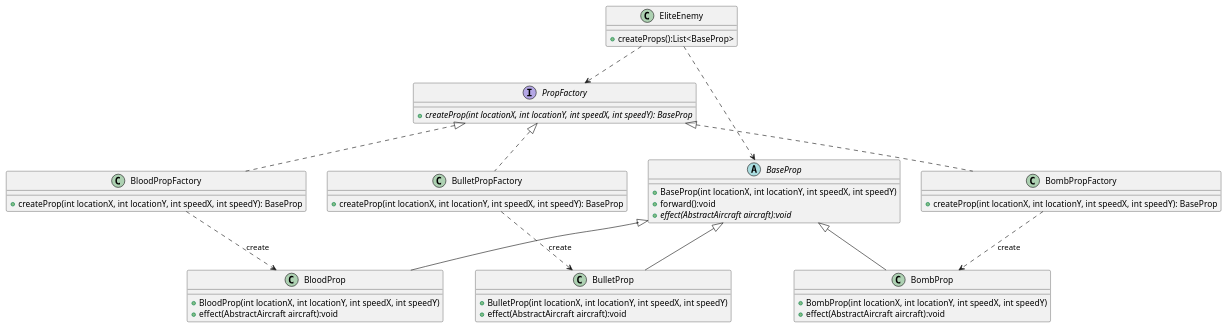
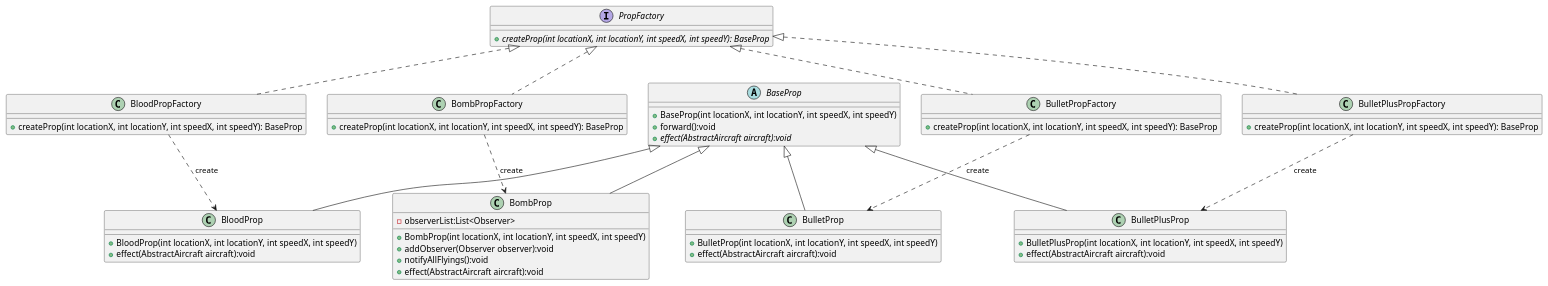
The diagram in uml/PropFactory.puml (Culaccino00/AircraftWar), drawn with PlantUML before and after one commit. The commit also changed 25 other files, not shown here.

```diff
--- a/uml/PropFactory.puml
+++ b/uml/PropFactory.puml
@@ -1,59 +1,75 @@
 @startuml
 'https://plantuml.com/class-diagram
-class EliteEnemy {
-    + createProps():List<BaseProp>
-}
-abstract class BaseProp
-{
-    + BaseProp(int locationX, int locationY, int speedX, int speedY)
-    + forward():void
-	+ {abstract} effect(AbstractAircraft aircraft):void
-}
+
 interface PropFactory
 {
-+ {abstract} createProp(int locationX, int locationY, int speedX, int speedY): BaseProp
+    + {abstract} createProp(int locationX, int locationY, int speedX, int speedY): BaseProp
 }
-EliteEnemy ..> BaseProp
-EliteEnemy ..> PropFactory
 
 class BloodPropFactory
 {
     + createProp(int locationX, int locationY, int speedX, int speedY): BaseProp
 }
 class BombPropFactory
 {
     + createProp(int locationX, int locationY, int speedX, int speedY): BaseProp
 }
 class BulletPropFactory
 {
     + createProp(int locationX, int locationY, int speedX, int speedY): BaseProp
 }
+class BulletPlusPropFactory
+{
+    + createProp(int locationX, int locationY, int speedX, int speedY): BaseProp
+}
 PropFactory <|.. BloodPropFactory
 PropFactory <|.. BombPropFactory
 PropFactory <|.. BulletPropFactory
+PropFactory <|.. BulletPlusPropFactory
+
+
+abstract class BaseProp
+{
+    + BaseProp(int locationX, int locationY, int speedX, int speedY)
+    + forward():void
+	+ {abstract} effect(AbstractAircraft aircraft):void
+}
 
 class BloodProp
 {
     + BloodProp(int locationX, int locationY, int speedX, int speedY)
 	+ effect(AbstractAircraft aircraft):void
 }
+BaseProp <|-- BloodProp
 
 class BombProp
 {
+    - observerList:List<Observer>
+
     + BombProp(int locationX, int locationY, int speedX, int speedY)
+    + addObserver(Observer observer):void
+    + notifyAllFlyings():void
 	+ effect(AbstractAircraft aircraft):void
 }
+BaseProp <|-- BombProp
 
 class BulletProp
 {
     + BulletProp(int locationX, int locationY, int speedX, int speedY)
 	+ effect(AbstractAircraft aircraft):void
 }
+BaseProp <|-- BulletProp
+
+class BulletPlusProp
+{
+    + BulletPlusProp(int locationX, int locationY, int speedX, int speedY)
+    + effect(AbstractAircraft aircraft):void
+}
+BaseProp <|-- BulletPlusProp
+
 BulletPropFactory ..> BulletProp : create
 BloodPropFactory ..> BloodProp : create
 BombPropFactory ..> BombProp : create
+BulletPlusPropFactory ..> BulletPlusProp : create
 
-BaseProp <|-- BulletProp
-BaseProp <|-- BloodProp
-BaseProp <|-- BombProp
 @enduml
```
